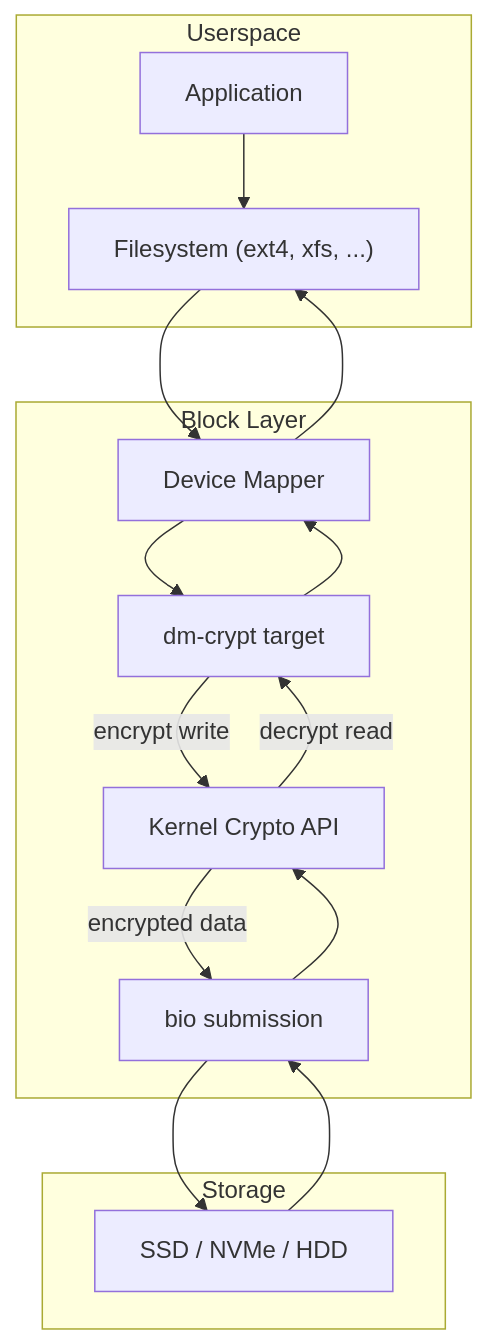
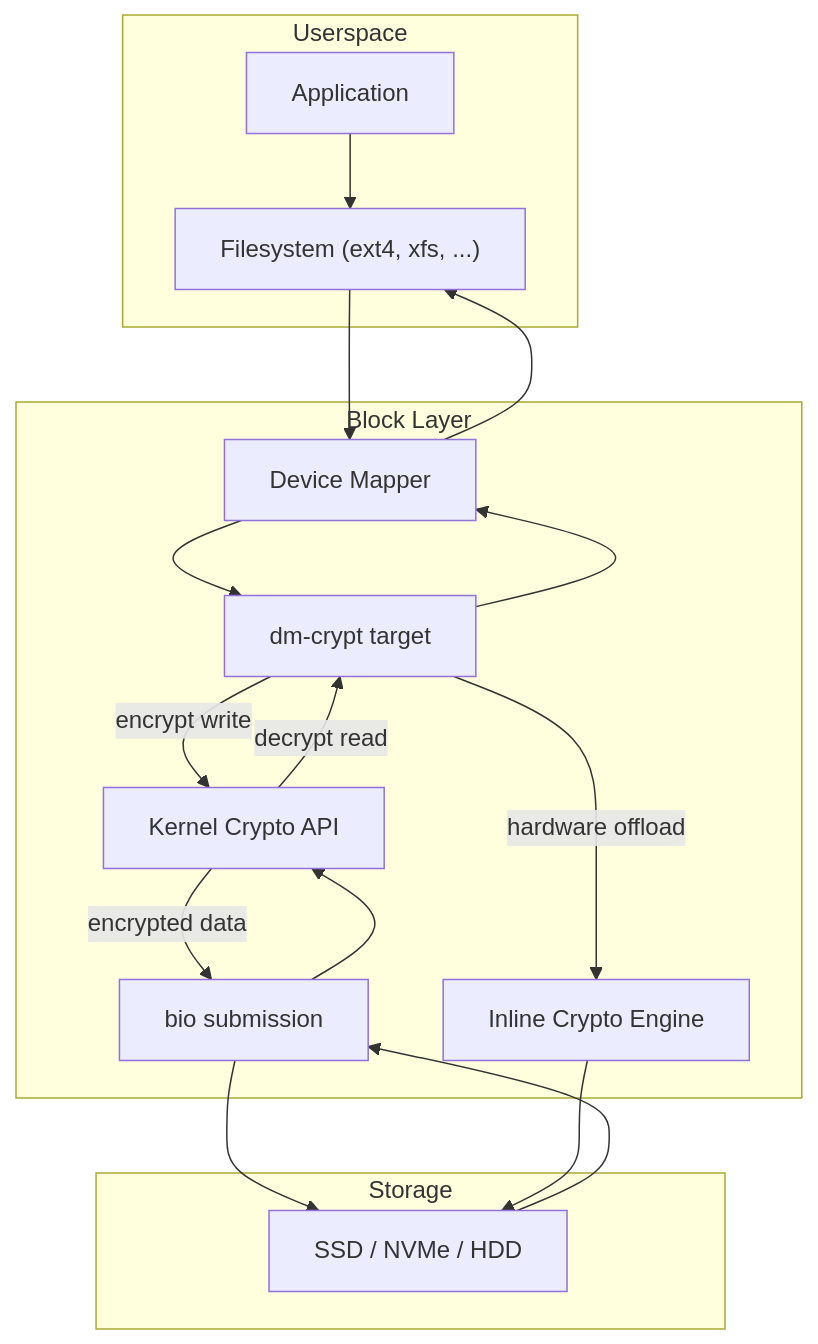
Before and after one commit to Abhinav-Kumar012/lb2: the first of 7 diagrams in src/kernel/drivers/dm-crypt.md, drawn with Mermaid. The commit also changed other lines of this file, not shown here.

Commit message:
Expand src/kernel/drivers/dm-crypt.md: threat model, kernel internals, LUKS2 tokens, AEAD, config, attack surface

````diff
--- a/src/kernel/drivers/dm-crypt.md
+++ b/src/kernel/drivers/dm-crypt.md
@@ -17,30 +17,33 @@
 ```mermaid
 flowchart TD
     subgraph Userspace["Userspace"]
         APP["Application"]
         FS["Filesystem (ext4, xfs, ...)"]
     end
 
     subgraph Kernel["Block Layer"]
         DM["Device Mapper"]
         CRYPT["dm-crypt target"]
         CRYPTO["Kernel Crypto API"]
         BIO["bio submission"]
+        INLINE["Inline Crypto Engine"]
     end
 
     subgraph Hardware["Storage"]
         SSD["SSD / NVMe / HDD"]
     end
 
     APP --> FS
     FS --> DM
     DM --> CRYPT
     CRYPT -->|encrypt write| CRYPTO
     CRYPTO -->|encrypted data| BIO
+    CRYPT -->|hardware offload| INLINE
     BIO --> SSD
+    INLINE --> SSD
     SSD --> BIO
     BIO --> CRYPTO
     CRYPTO -->|decrypt read| CRYPT
     CRYPT --> DM
     DM --> FS
 ```
````
